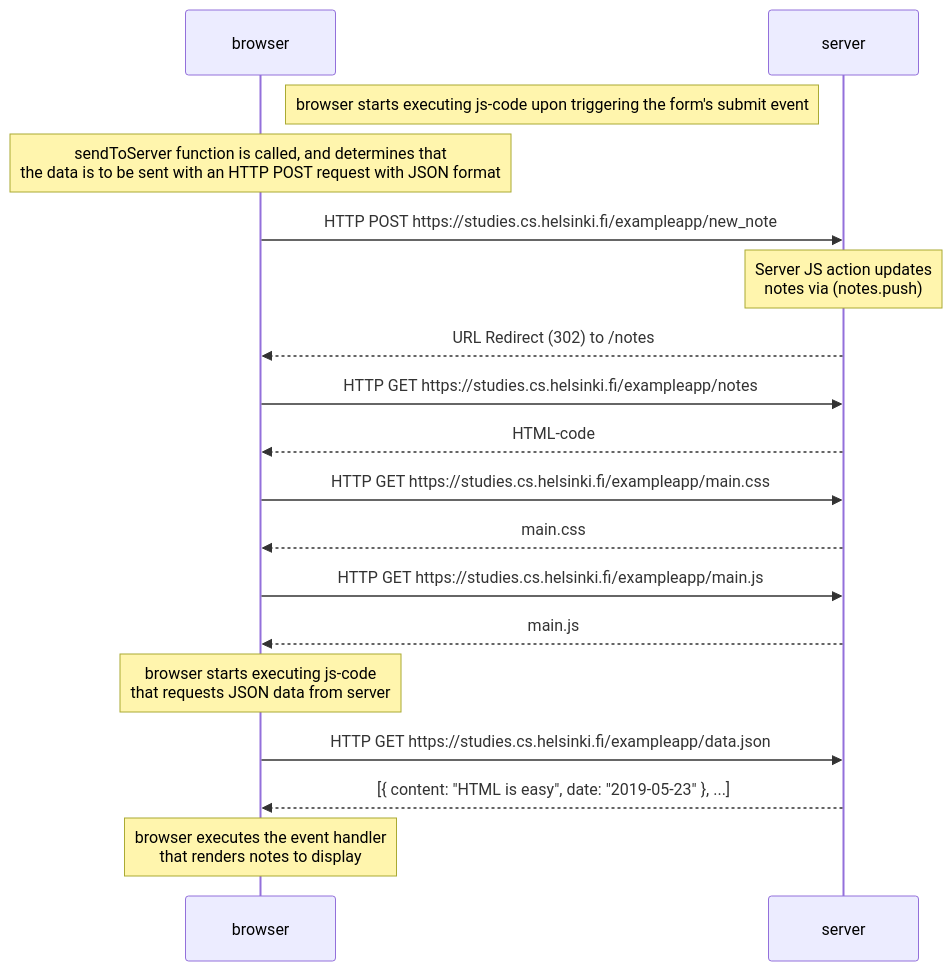
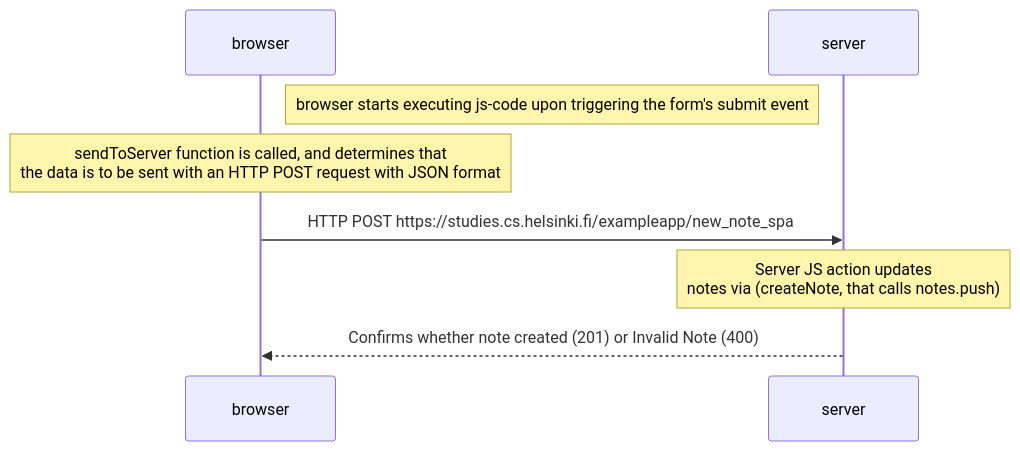
One commit to gurvesh/fullstack_course changed the diagram in part 0/6_SPA_New_Note.md. Above: the diagram before and after it, drawn with Mermaid.

````diff
--- a/part 0/6_SPA_New_Note.md
+++ b/part 0/6_SPA_New_Note.md
@@ -1,21 +1,11 @@
 ```mermaid
 sequenceDiagram
   participant browser
   participant server
   
   note right of browser: browser starts executing js-code upon triggering the form's submit event
   note over browser: sendToServer function is called, and determines that <br> the data is to be sent with an HTTP POST request with JSON format
-  browser->>server: HTTP POST https://studies.cs.helsinki.fi/exampleapp/new_note
-  Note over server: Server JS action updates <br> notes via (notes.push)
-  server-->>browser: URL Redirect (302) to /notes
-  browser->>server: HTTP GET https://studies.cs.helsinki.fi/exampleapp/notes
-  server-->>browser: HTML-code
-  browser->>server: HTTP GET https://studies.cs.helsinki.fi/exampleapp/main.css
-  server-->>browser: main.css
-  browser->>server: HTTP GET https://studies.cs.helsinki.fi/exampleapp/main.js
-  server-->>browser: main.js
-  note over browser: browser starts executing js-code <br> that requests JSON data from server 
-  browser->>server: HTTP GET https://studies.cs.helsinki.fi/exampleapp/data.json
-  server-->>browser: [{ content: "HTML is easy", date: "2019-05-23" }, ...]
-  note over browser: browser executes the event handler <br> that renders notes to display
+  browser->>server: HTTP POST https://studies.cs.helsinki.fi/exampleapp/new_note_spa
+  Note over server: Server JS action updates <br> notes via (createNote, that calls notes.push)
+  server-->>browser: Confirms whether note created (201) or Invalid Note (400)
 ```
````
